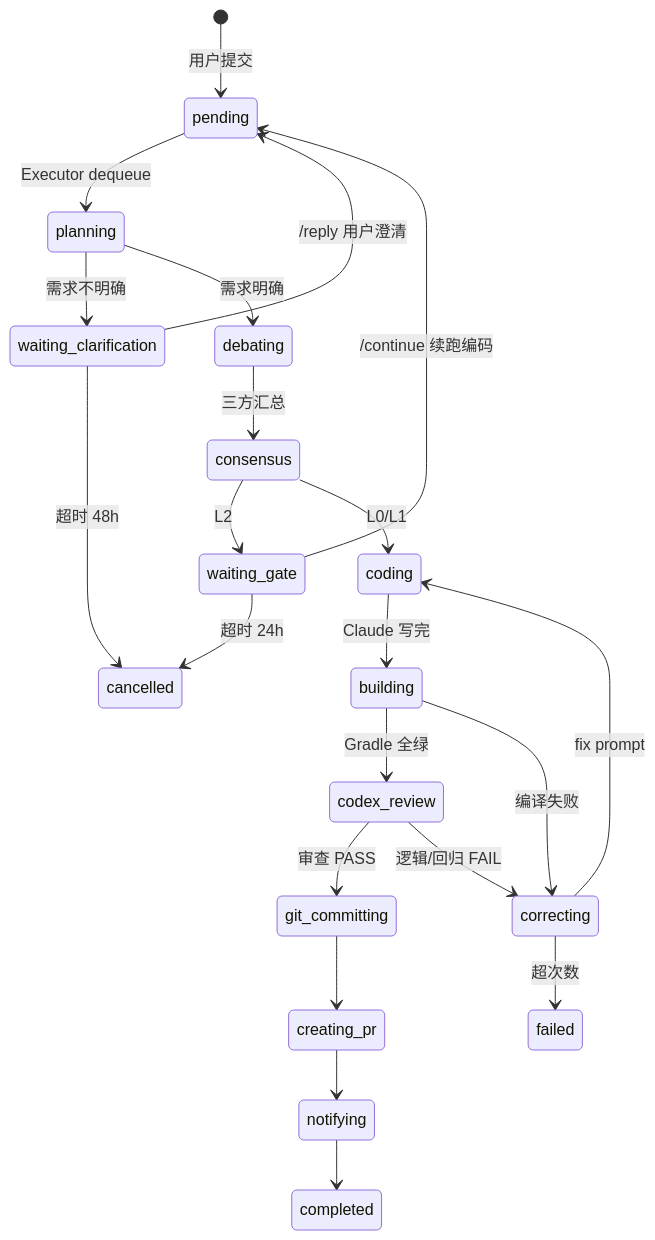
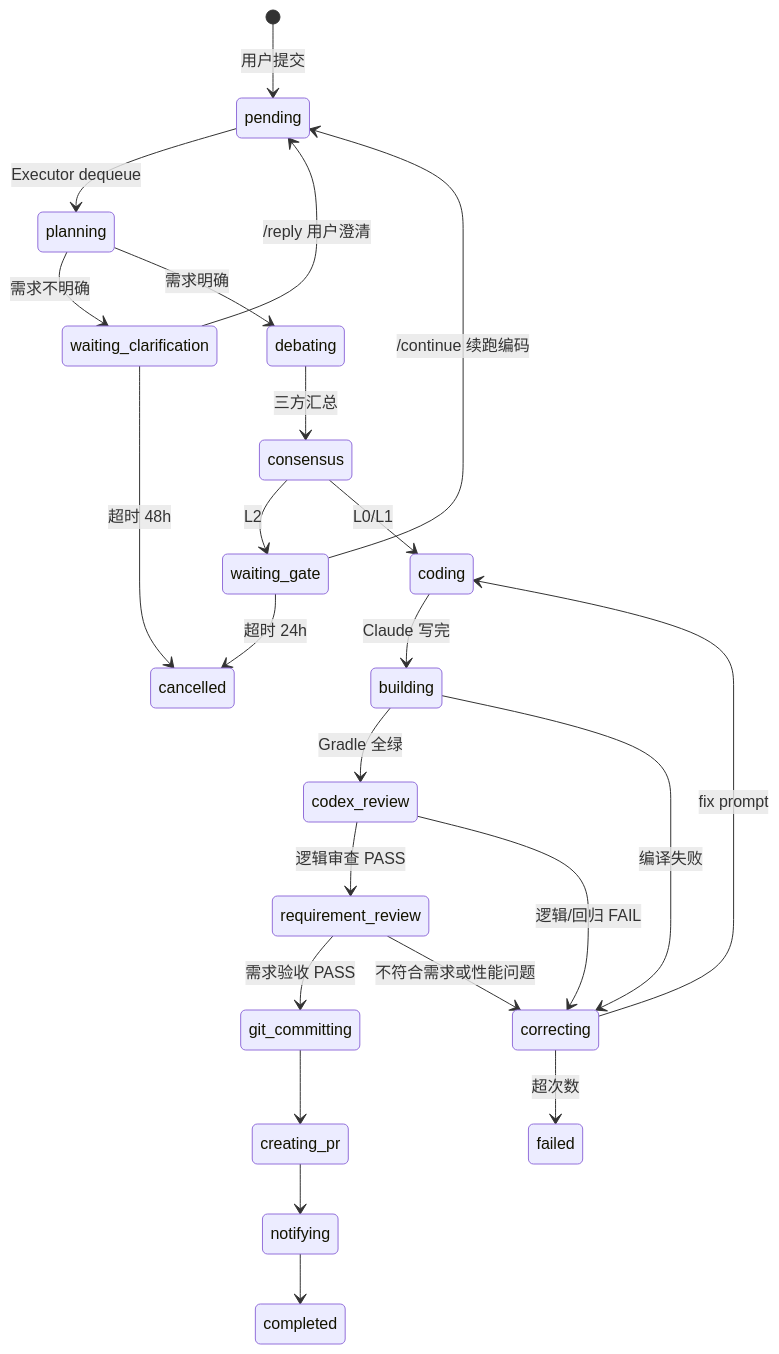
One commit to TurboSnails/AICodeAgent changed the second of 2 diagrams in README.md. Above: the diagram before and after it, drawn with Mermaid. The commit also changed other lines of this file and 4 other files, not shown here.

````diff
--- a/README.md
+++ b/README.md
@@ -67,24 +69,26 @@
 ```mermaid
 stateDiagram-v2
     [*] --> pending: 用户提交
     pending --> planning: Executor dequeue
     planning --> waiting_clarification: 需求不明确
     planning --> debating: 需求明确
     waiting_clarification --> pending: /reply 用户澄清
     waiting_clarification --> cancelled: 超时 48h
     debating --> consensus: 三方汇总
     consensus --> waiting_gate: L2
     consensus --> coding: L0/L1
     waiting_gate --> pending: /continue 续跑编码
     waiting_gate --> cancelled: 超时 24h
     coding --> building: Claude 写完
     building --> codex_review: Gradle 全绿
     building --> correcting: 编译失败
-    codex_review --> git_committing: 审查 PASS
+    codex_review --> requirement_review: 逻辑审查 PASS
     codex_review --> correcting: 逻辑/回归 FAIL
+    requirement_review --> git_committing: 需求验收 PASS
+    requirement_review --> correcting: 不符合需求或性能问题
     correcting --> coding: fix prompt
     correcting --> failed: 超次数
     git_committing --> creating_pr
     creating_pr --> notifying
     notifying --> completed
 ```
````
